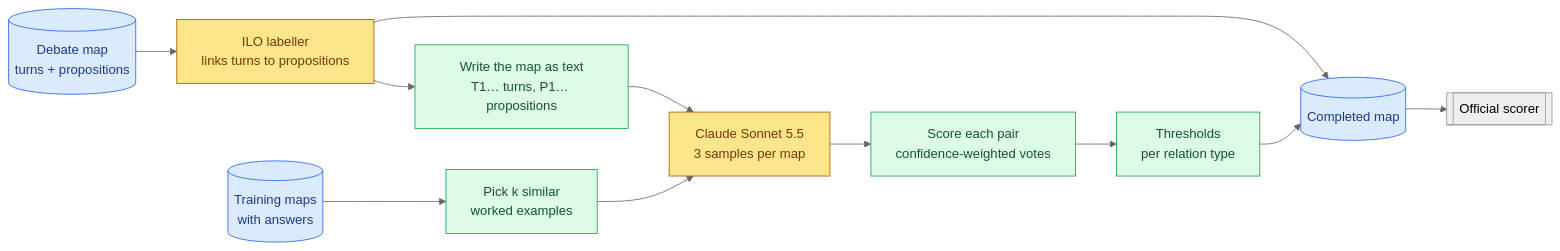
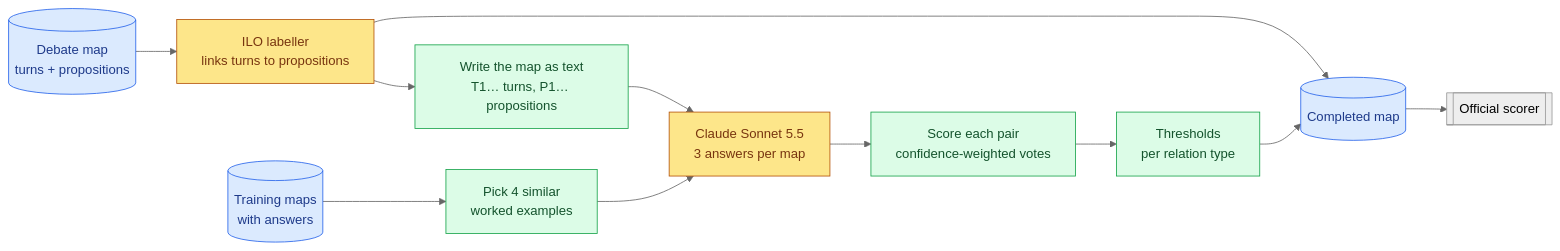
One commit to KuuNL/Argument-Mining changed the second of 3 diagrams in reports/A2-whole-map-llm.md. Above: the diagram before and after it, drawn with Mermaid (neutral theme). The commit also changed other lines of this file and 1 other file, not shown here.

Commit message:
A2 report: findings through A2.2, how a call works (data in/out, WSL, Claude Code), pilot explained

````diff
--- a/reports/A2-whole-map-llm.md
+++ b/reports/A2-whole-map-llm.md
@@ -74,19 +78,19 @@
 ```mermaid
 flowchart LR
   map_in[("Debate map<br/>turns + propositions")] --> lab["ILO labeller<br/>links turns to propositions"]
   lab --> ser["Write the map as text<br/>T1… turns, P1… propositions"]
-  pool[("Training maps<br/>with answers")] --> ex["Pick k similar<br/>worked examples"]
-  ser --> llm["Claude Sonnet 5.5<br/>3 samples per map"]
+  pool[("Training maps<br/>with answers")] --> ex["Pick 4 similar<br/>worked examples"]
+  ser --> llm["Claude Sonnet 5.5<br/>3 answers per map"]
   ex --> llm
   llm --> sc["Score each pair<br/>confidence-weighted votes"]
   sc --> dec["Thresholds<br/>per relation type"]
   dec --> out[("Completed map")]
   lab --> out
   out --> scorer[["Official scorer"]]
   classDef data fill:#dbeafe,stroke:#2563eb,color:#1e3a8a
   classDef step fill:#dcfce7,stroke:#16a34a,color:#14532d
   classDef model fill:#fde68a,stroke:#b45309,color:#78350f
   class map_in,pool,out data
   class ser,ex,sc,dec step
   class lab,llm model
 ```
````
